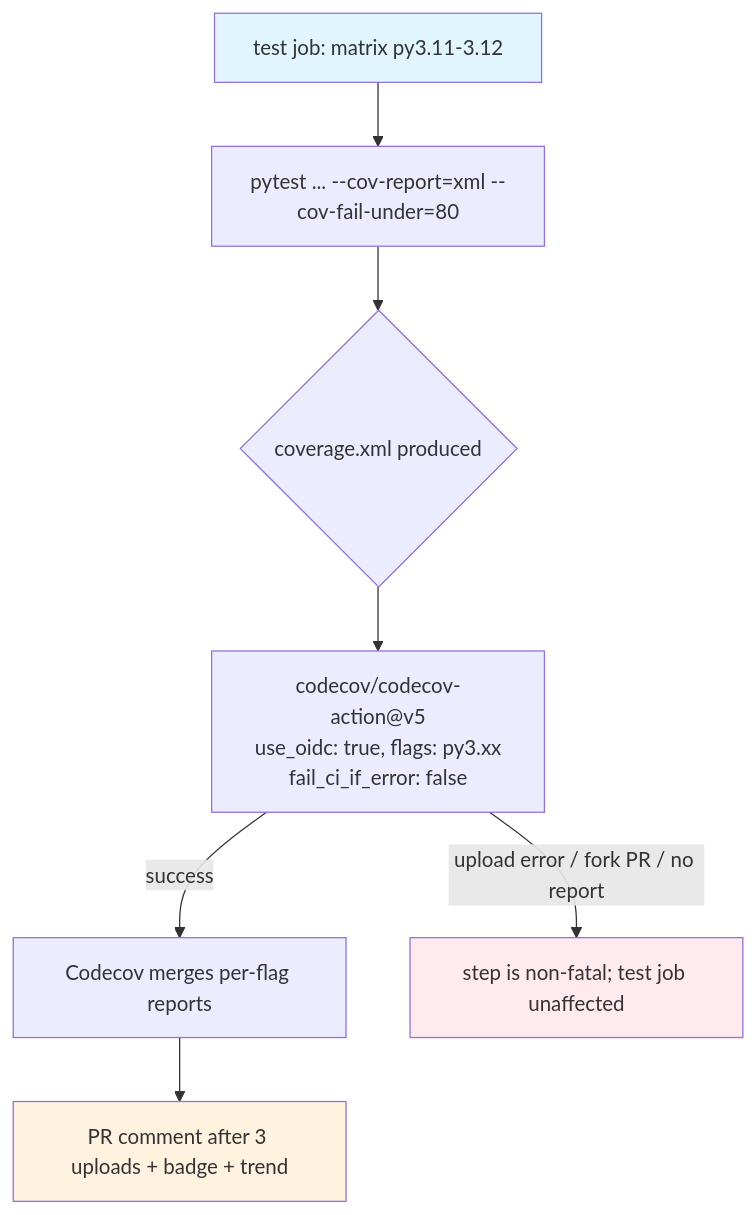
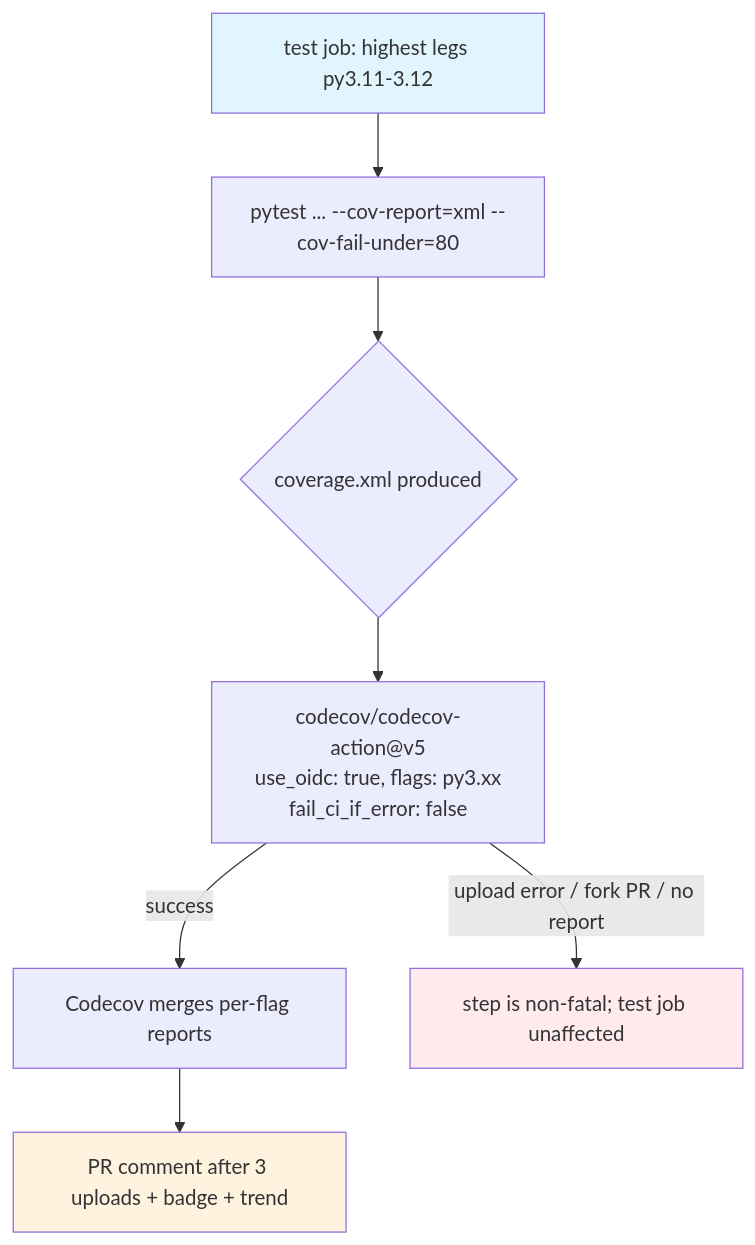
One commit to davidouagne/datahub-yaml-source changed the diagram in spec/spec-process-cicd-codecov.md. Above: the diagram before and after it, drawn with Mermaid. The commit also changed other lines of this file and 4 other files, not shown here.

````diff
--- a/spec/spec-process-cicd-codecov.md
+++ b/spec/spec-process-cicd-codecov.md
@@ -35,13 +35,13 @@
 ```mermaid
 graph TD
-    A[test job: matrix py3.11-3.12] --> B["pytest ... --cov-report=xml --cov-fail-under=80"]
+    A[test job: highest legs py3.11-3.12] --> B["pytest ... --cov-report=xml --cov-fail-under=80"]
     B --> C{coverage.xml produced}
     C --> D["codecov/codecov-action@v5<br/>use_oidc: true, flags: py3.xx<br/>fail_ci_if_error: false"]
     D -->|success| E[Codecov merges per-flag reports]
     D -->|upload error / fork PR / no report| F[step is non-fatal; test job unaffected]
     E --> G[PR comment after 3 uploads + badge + trend]
 
     style A fill:#e1f5fe
     style G fill:#fff3e0
     style F fill:#ffebee
 ```
````
